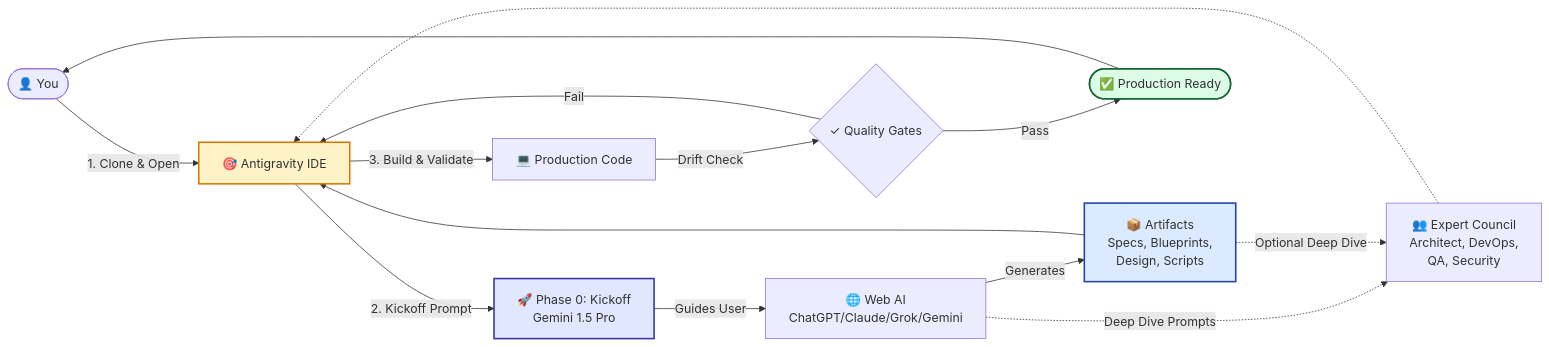
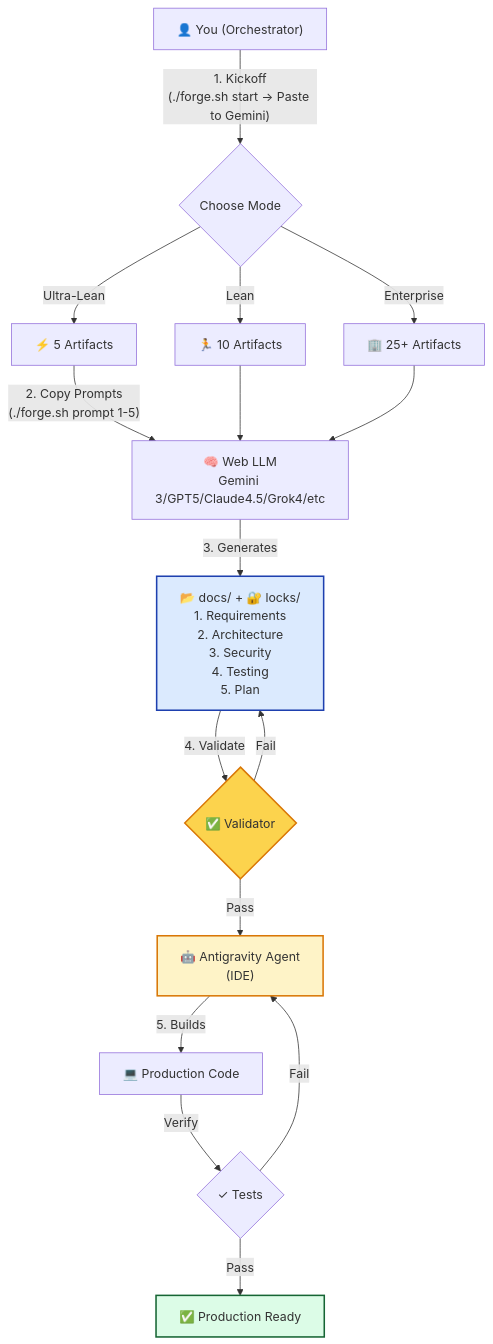
One commit to richfrem/quantum-diamond-forge changed the second of 3 diagrams in GUIDE.md. Above: the diagram before and after it, drawn with Mermaid. The commit also changed other lines of this file and 1 other file, not shown here.

Commit message:
docs: update README and GUIDE with latest v2.2 diagrams

````diff
--- a/GUIDE.md
+++ b/GUIDE.md
@@ -132,35 +117,23 @@
 ```mermaid
----
-config:
-  layout: dagre
----
-flowchart LR
-    User([👤 You]) -->|1. Clone & Open| IDE[🎯 Antigravity IDE]
-    
-    IDE -->|2. Kickoff Prompt| Kickoff[🚀 Phase 0: Kickoff<br/>Gemini 1.5 Pro]
-    
-    Kickoff -->|Guides User| WebAI[🌐 Web AI<br/>ChatGPT/Claude/Grok/Gemini]
-    
-    WebAI -->|Generates| Artifacts[📦 Artifacts<br/>Specs, Blueprints,<br/>Design, Scripts]
-    
-    WebAI -.->|Deep Dive Prompts| Experts[👥 Expert Council<br/>Architect, DevOps,<br/>QA, Security]
-    
-    Artifacts -.->|Optional Deep Dive| Experts
-    
-    Artifacts --> IDE
-    Experts -.-> IDE
-    
-    IDE -->|3. Build & Validate| Code[💻 Production Code]
-    
-    Code -->|Drift Check| Validate{✓ Quality Gates}
-    
-    Validate -->|Pass| Done([✅ Production Ready])
-    Validate -->|Fail| IDE
-    
-    Done --> User
-    
-    style Artifacts fill:#dbeafe,stroke:#1e40af,stroke-width:2px
+flowchart TB
+    User["👤 You (Orchestrator)"] -- "1. Kickoff<br/>(./forge.sh start -> Paste to Gemini)" --> Mode{"Choose Mode"}
+    Mode -- "Ultra-Lean" --> Ultra["⚡ 5 Artifacts"]
+    Mode -- Lean --> Lean["🏃 10 Artifacts"]
+    Mode -- Enterprise --> Ent["🏢 25+ Artifacts"]
+    Ultra -- "2. Copy Prompts<br/>(./forge.sh prompt 1-5)" --> WebAI["🧠 Web LLM<br>Gemini 3/GPT5/Claude4.5/Grok4/etc"]
+    Lean --> WebAI
+    Ent --> WebAI
+    WebAI -- "3. Generates" --> Docs["📂 docs/ + 🔐 locks/<br>1. Requirements<br>2. Architecture<br>3. Security<br>4. Testing<br>5. Plan"]
+    Docs -- "4. Validate" --> Gate{"✅ Validator"}
+    Gate -- Pass --> Agent["🤖 Antigravity Agent<br>(IDE)"]
+    Gate -- Fail --> Docs
+    Agent -- "5. Builds" --> Code["💻 Production Code"]
+    Code -- Verify --> Tests{"✓ Tests"}
+    Tests -- Pass --> Done["✅ Production Ready"]
+    Tests -- Fail --> Agent
+
+    style Docs fill:#dbeafe,stroke:#1e40af,stroke-width:2px
+    style Gate fill:#fcd34d,stroke:#d97706,stroke-width:2px
+    style Agent fill:#fef3c7,stroke:#d97706,stroke-width:2px
     style Done fill:#dcfce7,stroke:#166534,stroke-width:2px
-    style IDE fill:#fef3c7,stroke:#d97706,stroke-width:2px
-    style Kickoff fill:#e0e7ff,stroke:#3730a3,stroke-width:2px
 ```
````
